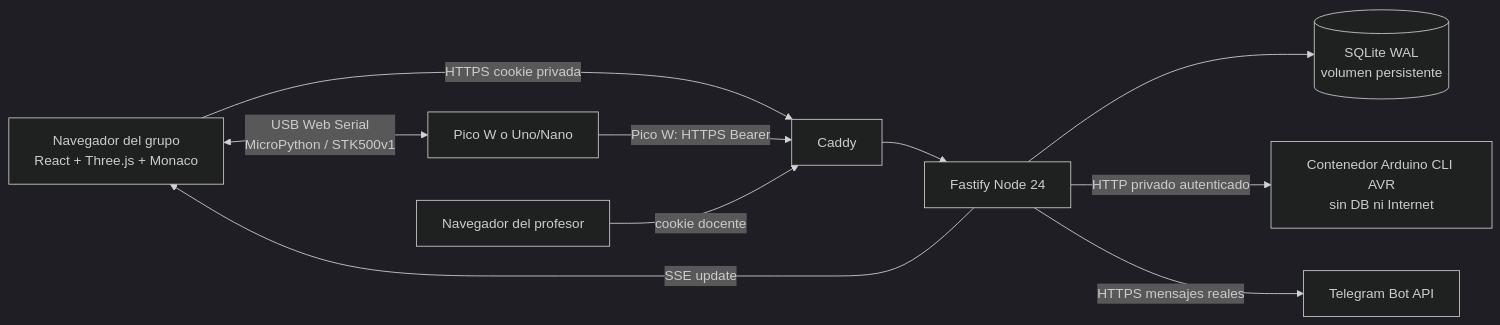
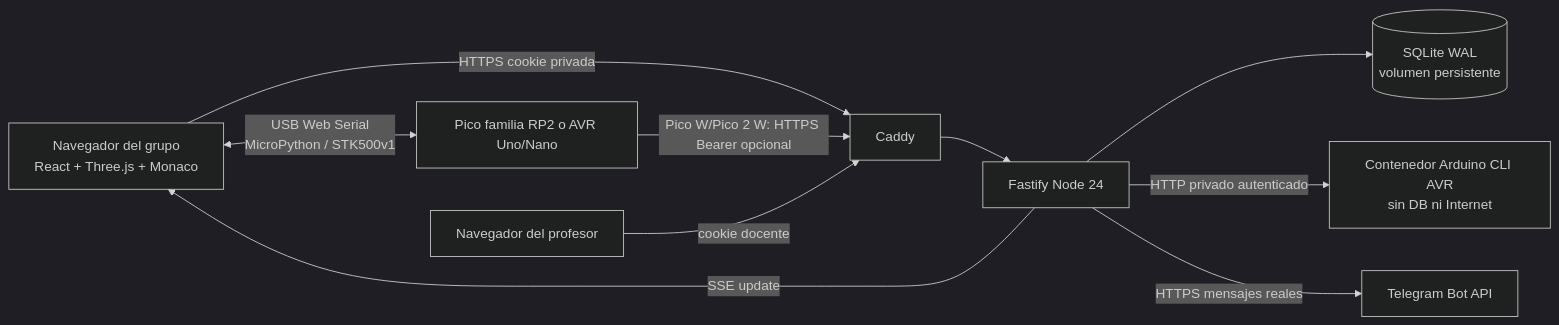
The diagram in docs/ARCHITECTURE.md (crismoraga/Taller-IoT-v2-Raices-Digitales), drawn with Mermaid (dark theme) before and after one commit. The commit also changed other lines of this file and 20 other files, not shown here.

````diff
--- a/docs/ARCHITECTURE.md
+++ b/docs/ARCHITECTURE.md
@@ -3,12 +3,12 @@
 ```mermaid
 flowchart LR
   Group[Navegador del grupo\nReact + Three.js + Monaco] -->|HTTPS cookie privada| Proxy[Caddy]
-  Group <-->|USB Web Serial\nMicroPython / STK500v1| Board[Pico W o Uno/Nano]
-  Board -->|Pico W: HTTPS Bearer| Proxy
+  Group <-->|USB Web Serial\nMicroPython / STK500v1| Board[Pico familia RP2 o AVR Uno/Nano]
+  Board -->|Pico W/Pico 2 W: HTTPS Bearer opcional| Proxy
   Proxy --> API[Fastify Node 24]
   API --> DB[(SQLite WAL\nvolumen persistente)]
   API -->|SSE update| Group
   API -->|HTTP privado autenticado| Compiler[Contenedor Arduino CLI AVR\nsin DB ni Internet]
   API -->|HTTPS mensajes reales| Telegram[Telegram Bot API]
   Teacher[Navegador del profesor] -->|cookie docente| Proxy
 ```
````
